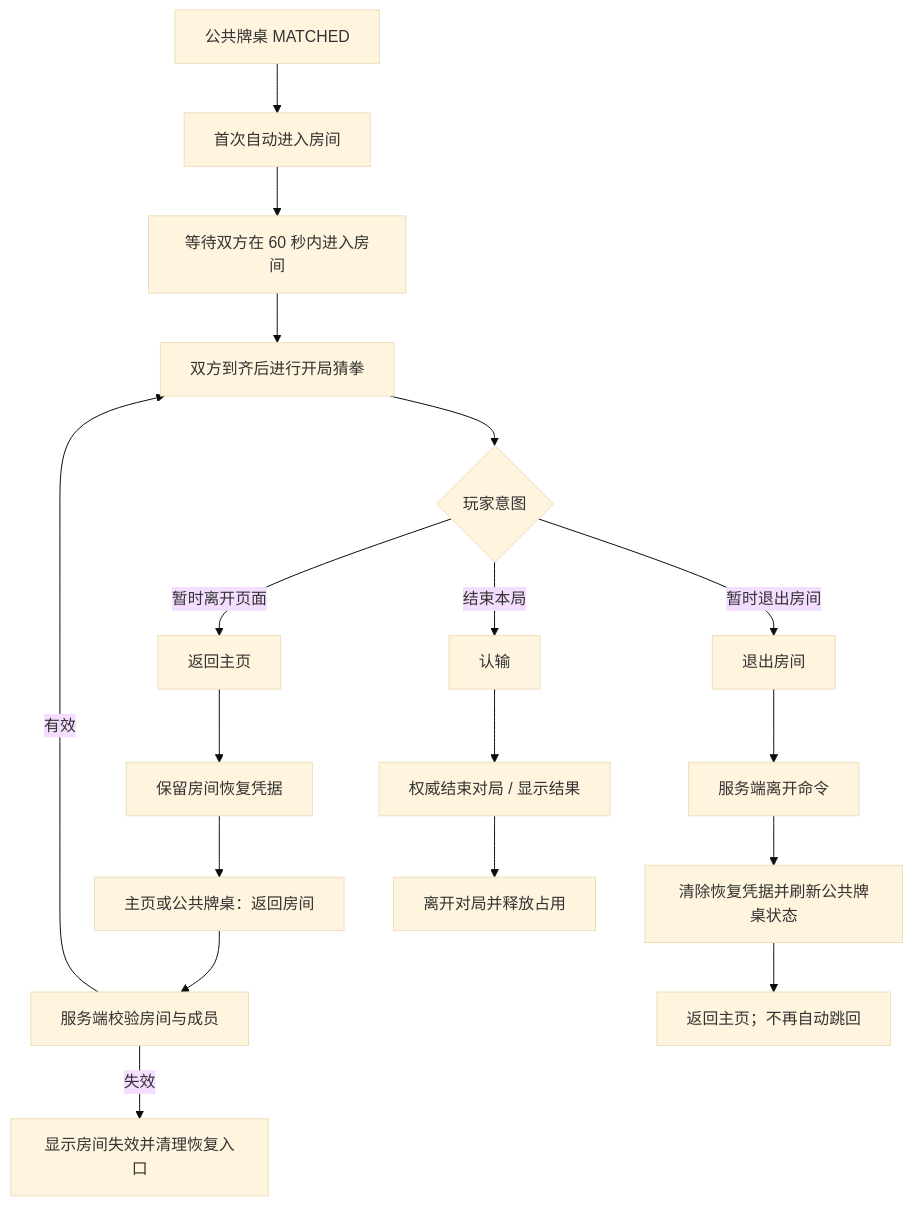
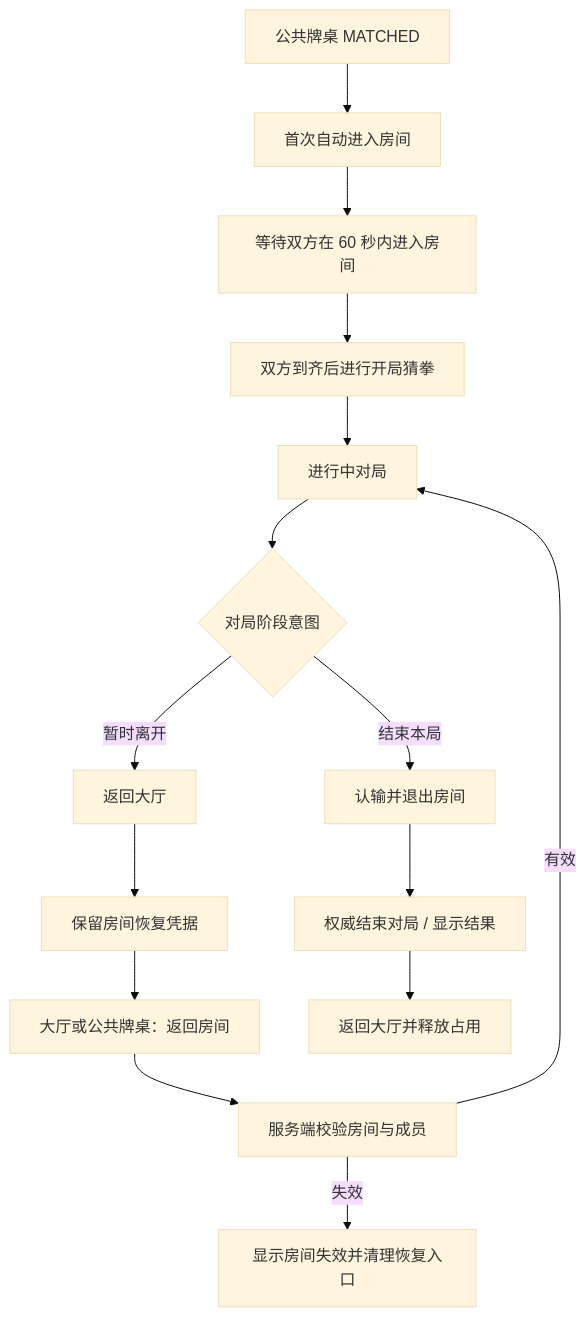
The diagram in docs/online-mode/room-exit-and-recovery.md (catmeow123456/loveca-dev), drawn with Mermaid (base theme) before and after one commit. The commit also changed other lines of this file and 23 other files, not shown here.

````diff
--- a/docs/online-mode/room-exit-and-recovery.md
+++ b/docs/online-mode/room-exit-and-recovery.md
@@ -150,20 +149,17 @@
 ```mermaid
 flowchart TD
     Matched[公共牌桌 MATCHED] --> Auto[首次自动进入房间]
     Auto --> Arrival[等待双方在 60 秒内进入房间]
     Arrival --> Opening[双方到齐后进行开局猜拳]
-    Opening --> Intent{玩家意图}
-    Intent -->|暂时离开页面| Home[返回主页]
+    Opening --> Match[进行中对局]
+    Match --> MatchIntent{对局阶段意图}
+    MatchIntent -->|暂时离开| Home[返回大厅]
     Home --> Keep[保留房间恢复凭据]
-    Keep --> Resume[主页或公共牌桌：返回房间]
+    Keep --> Resume[大厅或公共牌桌：返回房间]
     Resume --> Validate[服务端校验房间与成员]
-    Validate -->|有效| Opening
+    Validate -->|有效| Match
     Validate -->|失效| Error[显示房间失效并清理恢复入口]
-    Intent -->|暂时退出房间| Exit[退出房间]
-    Exit --> LeaveCommand[服务端离开命令]
-    LeaveCommand --> Clear[清除恢复凭据并刷新公共牌桌状态]
-    Clear --> Idle[返回主页；不再自动跳回]
-    Intent -->|结束本局| Surrender[认输]
+    MatchIntent -->|结束本局| Surrender[认输并退出房间]
     Surrender --> Ended[权威结束对局 / 显示结果]
-    Ended --> LeaveEnded[离开对局并释放占用]
+    Ended --> LeaveEnded[返回大厅并释放占用]
 ```
````
